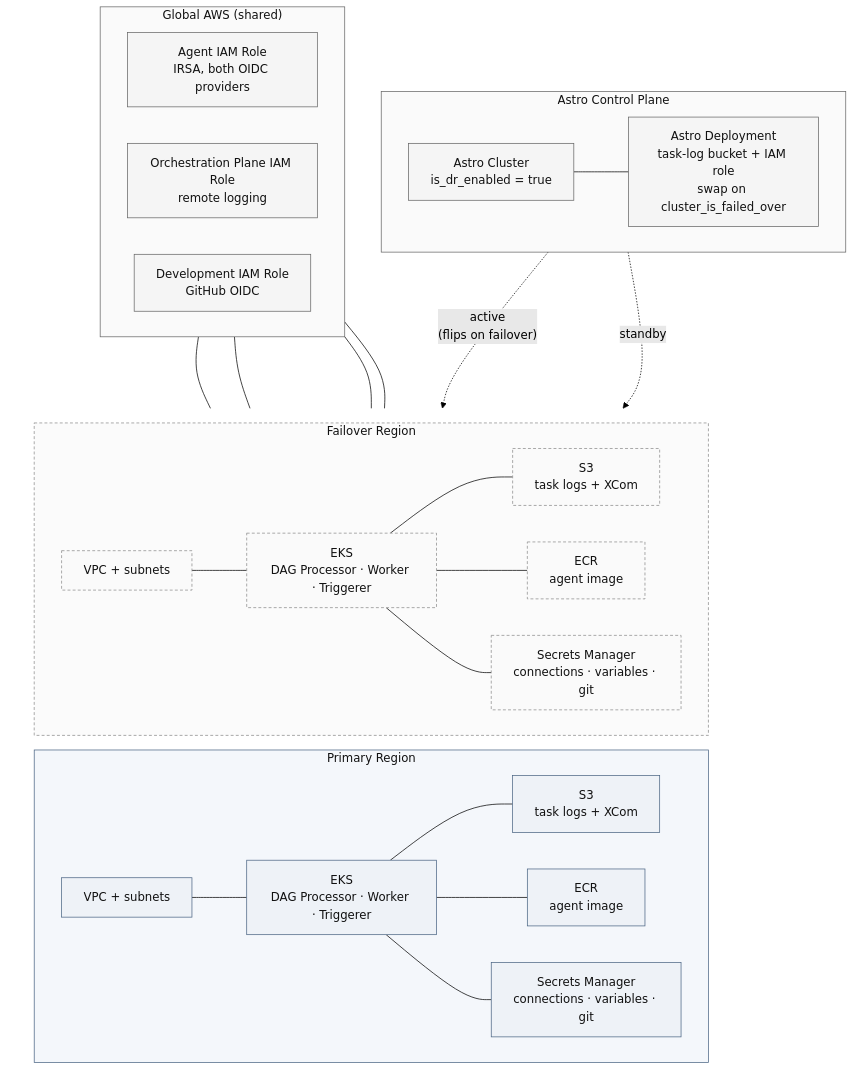
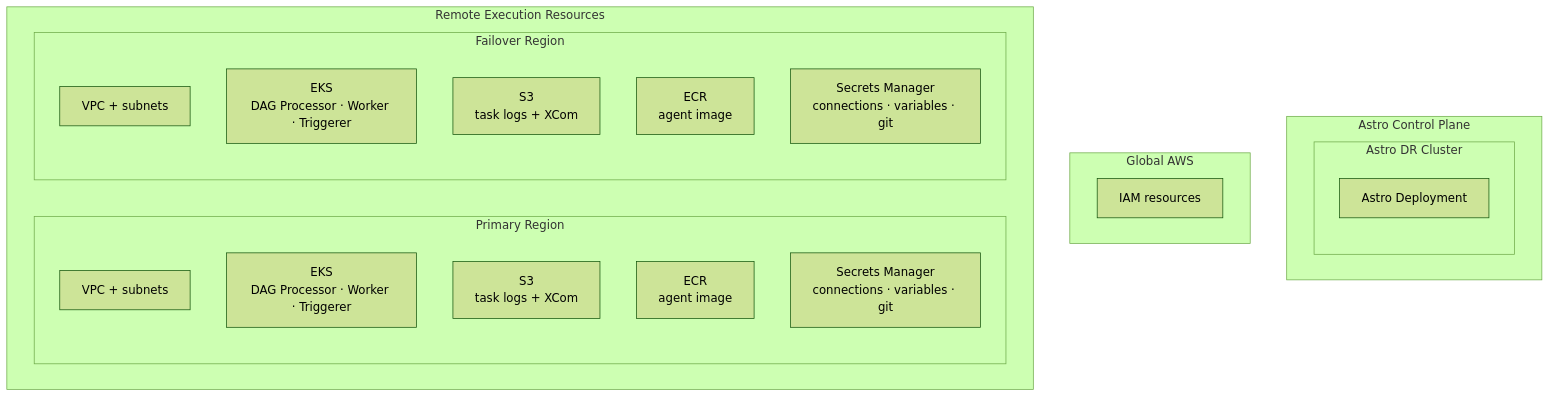
Before and after one commit to crobertson-astro/aws-re-dr: the diagram in README.md, drawn with Mermaid (forest theme).

Commit message:
imporove

````diff
--- a/README.md
+++ b/README.md
@@ -58,66 +58,31 @@
 ```mermaid
 flowchart TB
     subgraph Astro["Astro Control Plane"]
-        direction LR
-        Cluster["Astro Cluster<br/>is_dr_enabled = true"]
-        Deployment["Astro Deployment<br/>task-log bucket + IAM role<br/>swap on cluster_is_failed_over"]
-        Cluster --- Deployment
+        subgraph Cluster["Astro DR Cluster"]
+            Deployment["Astro Deployment"]
+        end
     end
 
-    subgraph Global["Global AWS (shared)"]
-        direction LR
-        AgentRole["Agent IAM Role<br/>IRSA, both OIDC providers"]
-        OrchRole["Orchestration Plane IAM Role<br/>remote logging"]
-        DevRole["Development IAM Role<br/>GitHub OIDC"]
+    subgraph Global["Global AWS"]
+        IAM["IAM resources"]
     end
 
-    subgraph Regions[" "]
+    subgraph RE["Remote Execution Resources"]
         direction LR
         subgraph Primary["Primary Region"]
             PVPC["VPC + subnets"]
             PEKS["EKS<br/>DAG Processor · Worker · Triggerer"]
             PS3["S3<br/>task logs + XCom"]
             PECR["ECR<br/>agent image"]
             PSM["Secrets Manager<br/>connections · variables · git"]
-            PVPC --- PEKS
-            PEKS --- PS3
-            PEKS --- PECR
-            PEKS --- PSM
         end
 
         subgraph Failover["Failover Region"]
             FVPC["VPC + subnets"]
             FEKS["EKS<br/>DAG Processor · Worker · Triggerer"]
             FS3["S3<br/>task logs + XCom"]
             FECR["ECR<br/>agent image"]
             FSM["Secrets Manager<br/>connections · variables · git"]
-            FVPC --- FEKS
-            FEKS --- FS3
-            FEKS --- FECR
-            FEKS --- FSM
         end
     end
-
-    Deployment -. "active<br/>(flips on failover)" .-> PEKS
-    Deployment -. "standby" .-> FEKS
-    AgentRole --- PEKS
-    AgentRole --- FEKS
-    OrchRole --- PS3
-    OrchRole --- FS3
-
-    classDef shared fill:#f5f5f5,stroke:#666,stroke-width:1px,color:#111
-    classDef primary fill:#eef2f7,stroke:#4b6584,stroke-width:1px,color:#111
-    classDef failover fill:#fafafa,stroke:#8a8a8a,stroke-width:1px,stroke-dasharray:4 3,color:#111
-    classDef groupShared fill:#fafafa,stroke:#666,stroke-width:1px,color:#111
-    classDef groupPrimary fill:#f4f7fb,stroke:#4b6584,stroke-width:1px,color:#111
-    classDef groupFailover fill:#fbfbfb,stroke:#8a8a8a,stroke-width:1px,stroke-dasharray:4 3,color:#111
-    classDef invisible fill:none,stroke:none
-
-    class Cluster,Deployment,AgentRole,OrchRole,DevRole shared
-    class PVPC,PEKS,PS3,PECR,PSM primary
-    class FVPC,FEKS,FS3,FECR,FSM failover
-    class Astro,Global groupShared
-    class Primary groupPrimary
-    class Failover groupFailover
-    class Regions invisible
 ```
````
